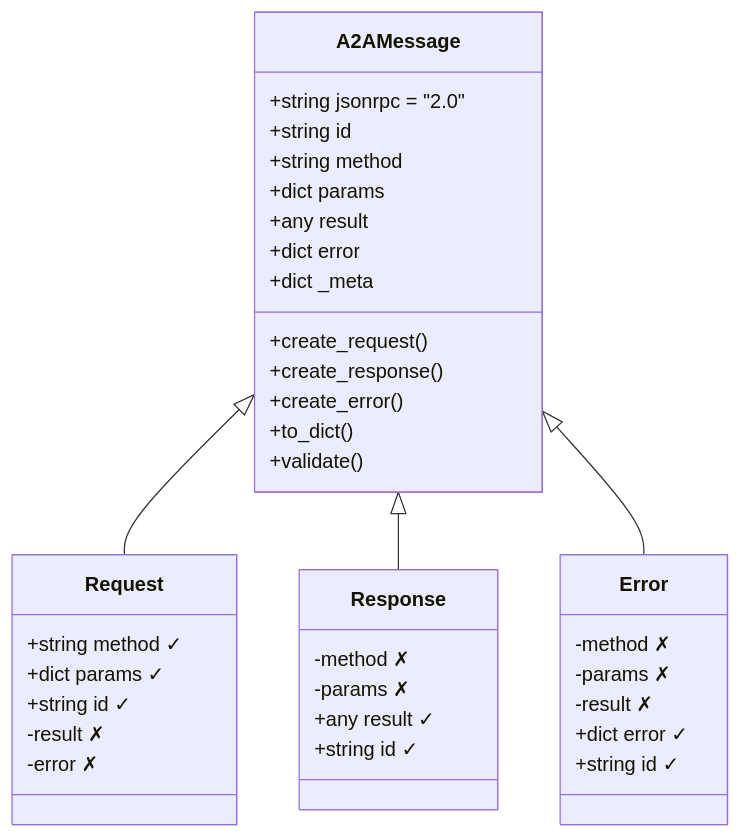
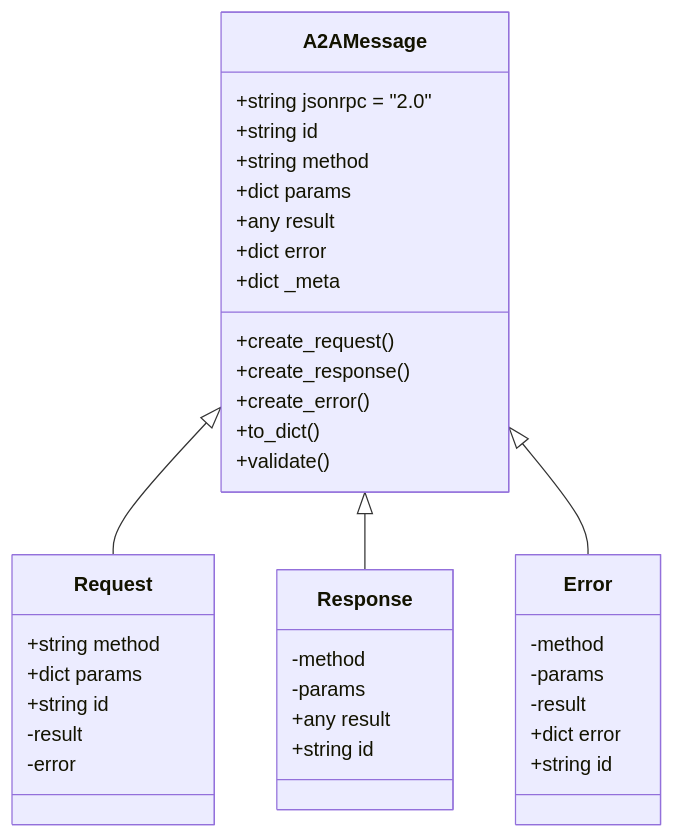
Before and after one commit to jaafar-benabderrazak/ca_a2a: the third of 13 diagrams in A2A_PROTOCOL_SECURITY_TECHNICAL.md, drawn with Mermaid. The commit also changed other lines of this file and 19 other files, not shown here.

````diff
--- a/A2A_PROTOCOL_SECURITY_TECHNICAL.md
+++ b/A2A_PROTOCOL_SECURITY_TECHNICAL.md
@@ -153,45 +153,45 @@
 ```mermaid
 classDiagram
-    class A2AMessage {
-        +string jsonrpc = "2.0"
-        +string id
-        +string method
-        +dict params
-        +any result
-        +dict error
-        +dict _meta
-        
-        +create_request()
-        +create_response()
-        +create_error()
-        +to_dict()
-        +validate()
-    }
-    
-    class Request {
-        +string method ✓
-        +dict params ✓
-        +string id ✓
-        -result ✗
-        -error ✗
-    }
-    
-    class Response {
-        -method ✗
-        -params ✗
-        +any result ✓
-        +string id ✓
-    }
-    
-    class Error {
-        -method ✗
-        -params ✗
-        -result ✗
-        +dict error ✓
-        +string id ✓
-    }
-    
-    A2AMessage <|-- Request
-    A2AMessage <|-- Response
-    A2AMessage <|-- Error
+ class A2AMessage {
+ +string jsonrpc = "2.0"
+ +string id
+ +string method
+ +dict params
+ +any result
+ +dict error
+ +dict _meta
+ 
+ +create_request()
+ +create_response()
+ +create_error()
+ +to_dict()
+ +validate()
+ }
+ 
+ class Request {
+ +string method 
+ +dict params 
+ +string id 
+ -result 
+ -error 
+ }
+ 
+ class Response {
+ -method 
+ -params 
+ +any result 
+ +string id 
+ }
+ 
+ class Error {
+ -method 
+ -params 
+ -result 
+ +dict error 
+ +string id 
+ }
+ 
+ A2AMessage <|-- Request
+ A2AMessage <|-- Response
+ A2AMessage <|-- Error
 ```
````
